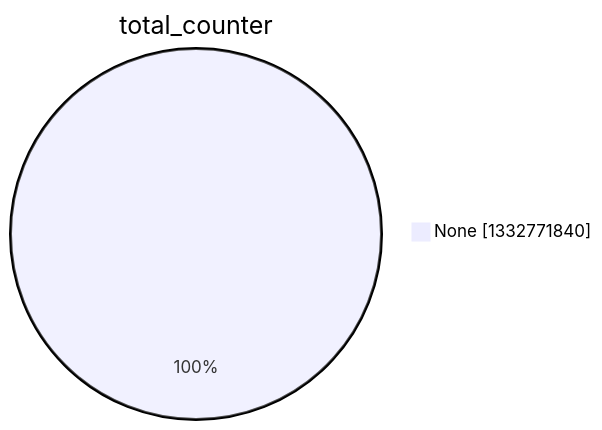
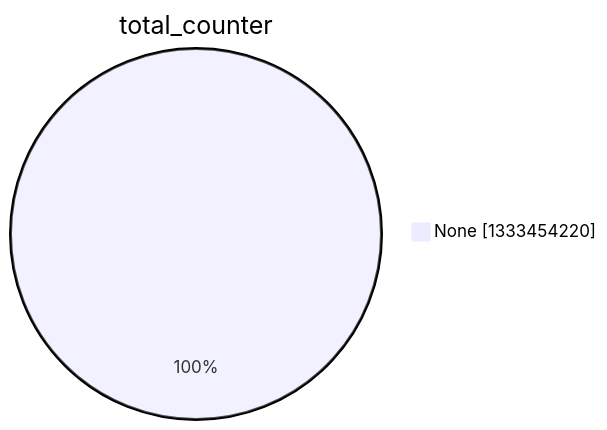
Before and after one commit to christiankrug/ctmonitor_visualization: the second of 15 diagrams in argon2022/README.md, drawn with Mermaid. The commit also changed other lines of this file, not shown here.

````diff
--- a/argon2022/README.md
+++ b/argon2022/README.md
@@ -9,5 +9,5 @@
 ```mermaid
 pie showData
 title total_counter
-"None" :1332771840
+"None" :1333454220
 ```
````
